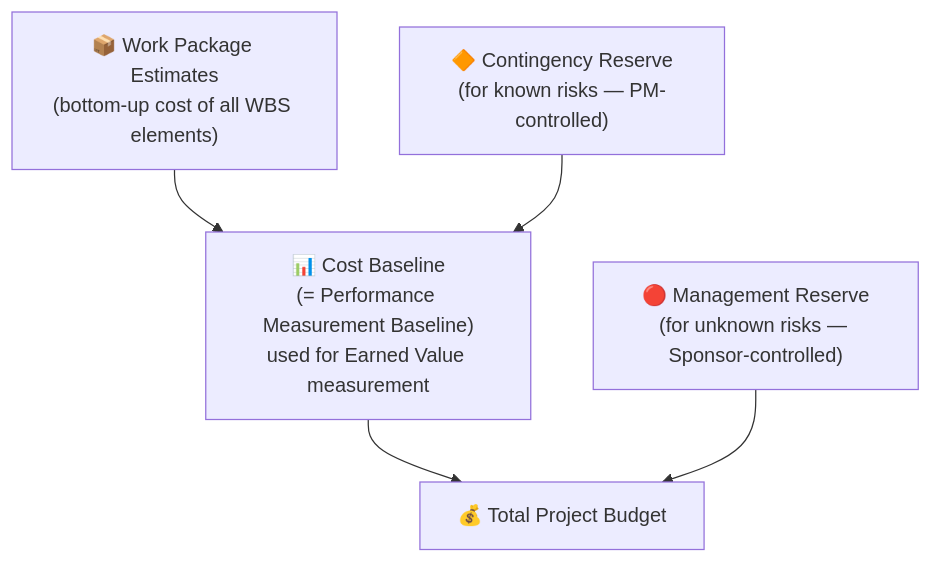
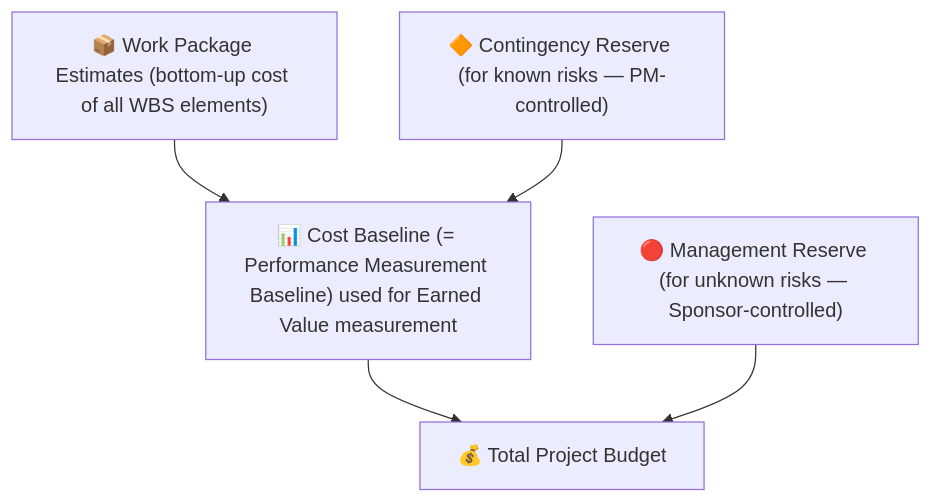
The fifth of 5 diagrams in modules/04-planning.md (UncleJS/course_projectManagement), drawn with Mermaid before and after one commit. The commit also changed other lines of this file and 16 other files, not shown here.

Commit message:
Fix Mermaid rendering: remove literal \n from all diagram labels; quote unquoted & in flowchart nodes

````diff
--- a/modules/04-planning.md
+++ b/modules/04-planning.md
@@ -258,12 +258,12 @@
 ```mermaid
 flowchart TD
-    WP["📦 Work Package Estimates\n(bottom-up cost of all WBS elements)"]
-    CR["🔶 Contingency Reserve\n(for known risks — PM-controlled)"]
-    CB["📊 Cost Baseline\n(= Performance Measurement Baseline)\nused for Earned Value measurement"]
-    MR["🔴 Management Reserve\n(for unknown risks — Sponsor-controlled)"]
+    WP["📦 Work Package Estimates (bottom-up cost of all WBS elements)"]
+    CR["🔶 Contingency Reserve (for known risks — PM-controlled)"]
+    CB["📊 Cost Baseline (= Performance Measurement Baseline) used for Earned Value measurement"]
+    MR["🔴 Management Reserve (for unknown risks — Sponsor-controlled)"]
     TB["💰 Total Project Budget"]
     WP --> CB
     CR --> CB
     CB --> TB
     MR --> TB
 ```
````
